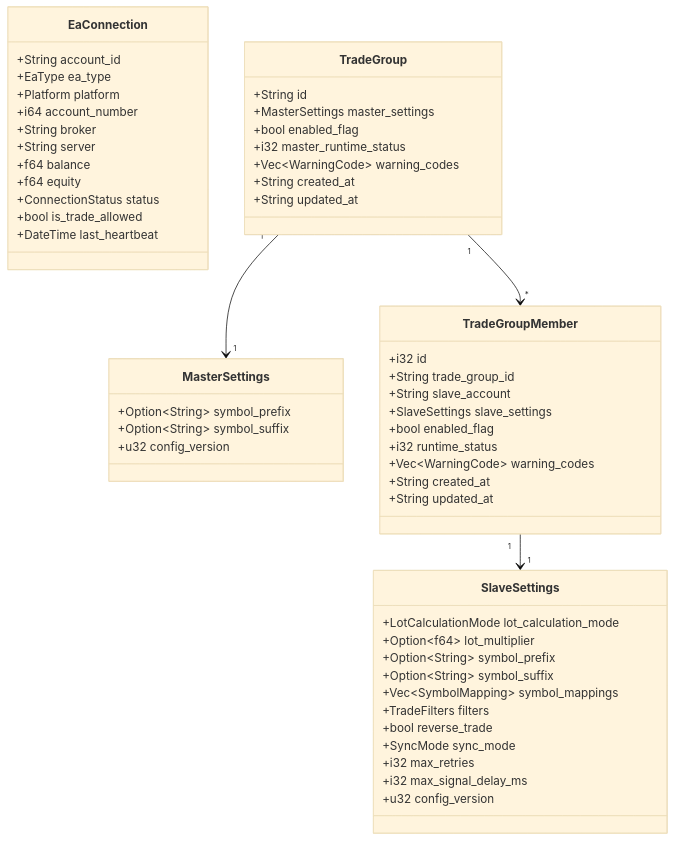
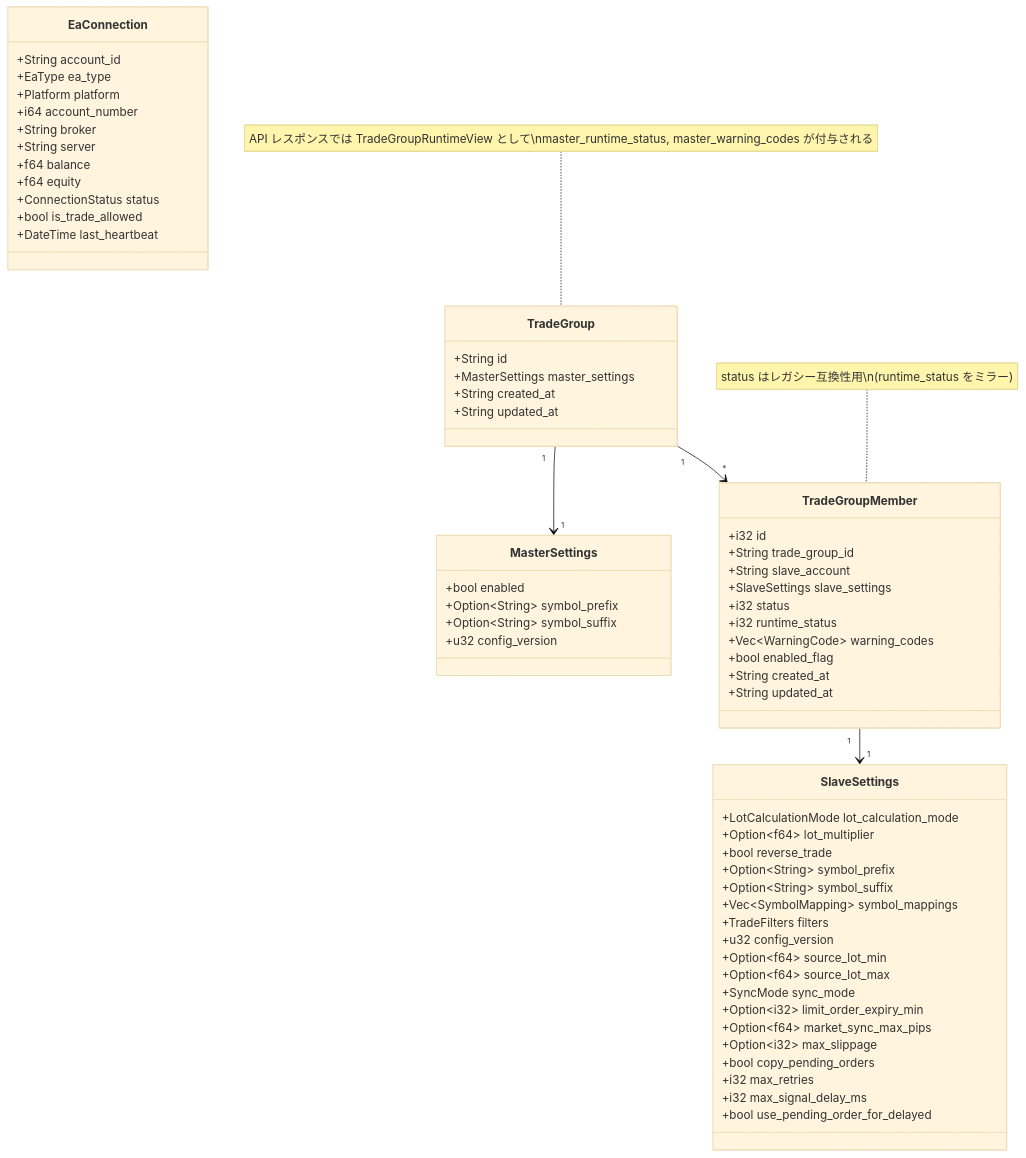
Before and after one commit to poruru210/sankey-copier: the second of 6 diagrams in docs/relay-server.md, drawn with Mermaid (base theme). The commit also changed other lines of this file and 1 other file, not shown here.

Commit message:
docs: TradeGroupMember/SlaveSettings のフィールド定義を実装と一致させる

````diff
--- a/docs/relay-server.md
+++ b/docs/relay-server.md
@@ -112,62 +112,72 @@
 ```mermaid
 classDiagram
     class EaConnection {
         +String account_id
         +EaType ea_type
         +Platform platform
         +i64 account_number
         +String broker
         +String server
         +f64 balance
         +f64 equity
         +ConnectionStatus status
         +bool is_trade_allowed
         +DateTime last_heartbeat
     }
 
     class TradeGroup {
         +String id
         +MasterSettings master_settings
-        +bool enabled_flag
-        +i32 master_runtime_status
-        +Vec~WarningCode~ warning_codes
         +String created_at
         +String updated_at
     }
 
     class MasterSettings {
+        +bool enabled
         +Option~String~ symbol_prefix
         +Option~String~ symbol_suffix
         +u32 config_version
     }
+
+    note for TradeGroup "API レスポンスでは TradeGroupRuntimeView として\nmaster_runtime_status, master_warning_codes が付与される"
 
     class TradeGroupMember {
         +i32 id
         +String trade_group_id
         +String slave_account
         +SlaveSettings slave_settings
-        +bool enabled_flag
+        +i32 status
         +i32 runtime_status
         +Vec~WarningCode~ warning_codes
+        +bool enabled_flag
         +String created_at
         +String updated_at
     }
 
+    note for TradeGroupMember "status はレガシー互換性用\n(runtime_status をミラー)"
+
     class SlaveSettings {
         +LotCalculationMode lot_calculation_mode
         +Option~f64~ lot_multiplier
+        +bool reverse_trade
         +Option~String~ symbol_prefix
         +Option~String~ symbol_suffix
         +Vec~SymbolMapping~ symbol_mappings
         +TradeFilters filters
-        +bool reverse_trade
+        +u32 config_version
+        +Option~f64~ source_lot_min
+        +Option~f64~ source_lot_max
         +SyncMode sync_mode
+        +Option~i32~ limit_order_expiry_min
+        +Option~f64~ market_sync_max_pips
+        +Option~i32~ max_slippage
+        +bool copy_pending_orders
         +i32 max_retries
         +i32 max_signal_delay_ms
-        +u32 config_version
+        +bool use_pending_order_for_delayed
     }
 
     TradeGroup "1" --> "1" MasterSettings
     TradeGroup "1" --> "*" TradeGroupMember
     TradeGroupMember "1" --> "1" SlaveSettings
 ```
````
